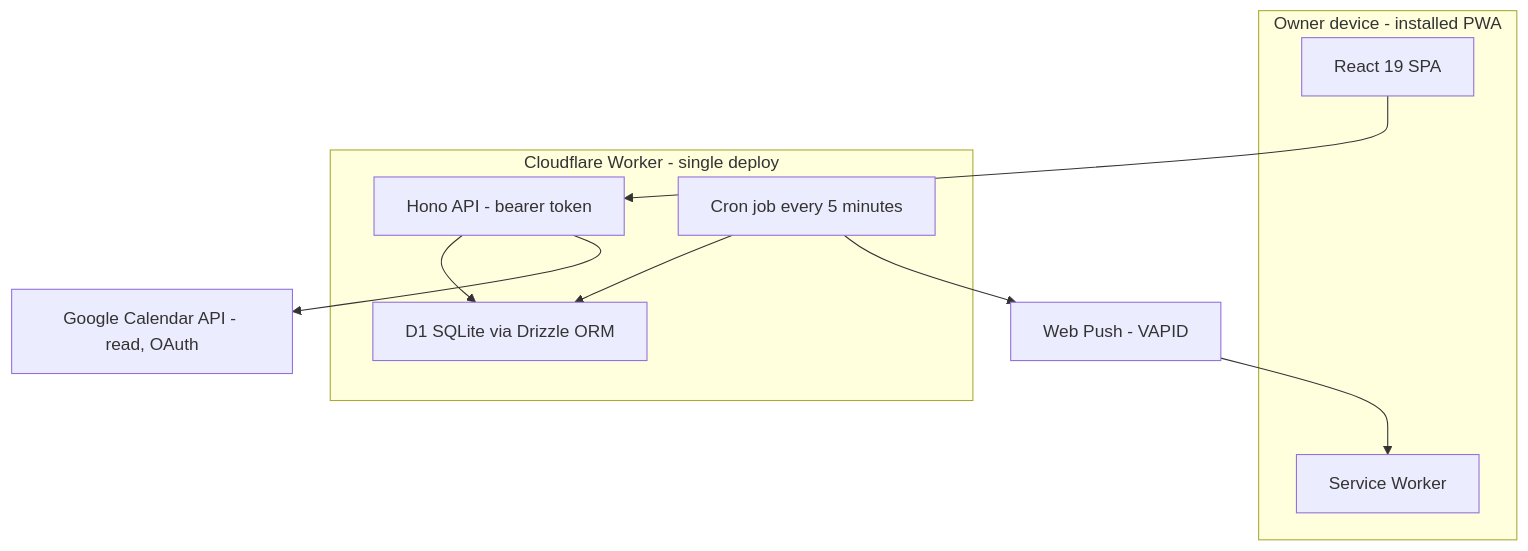
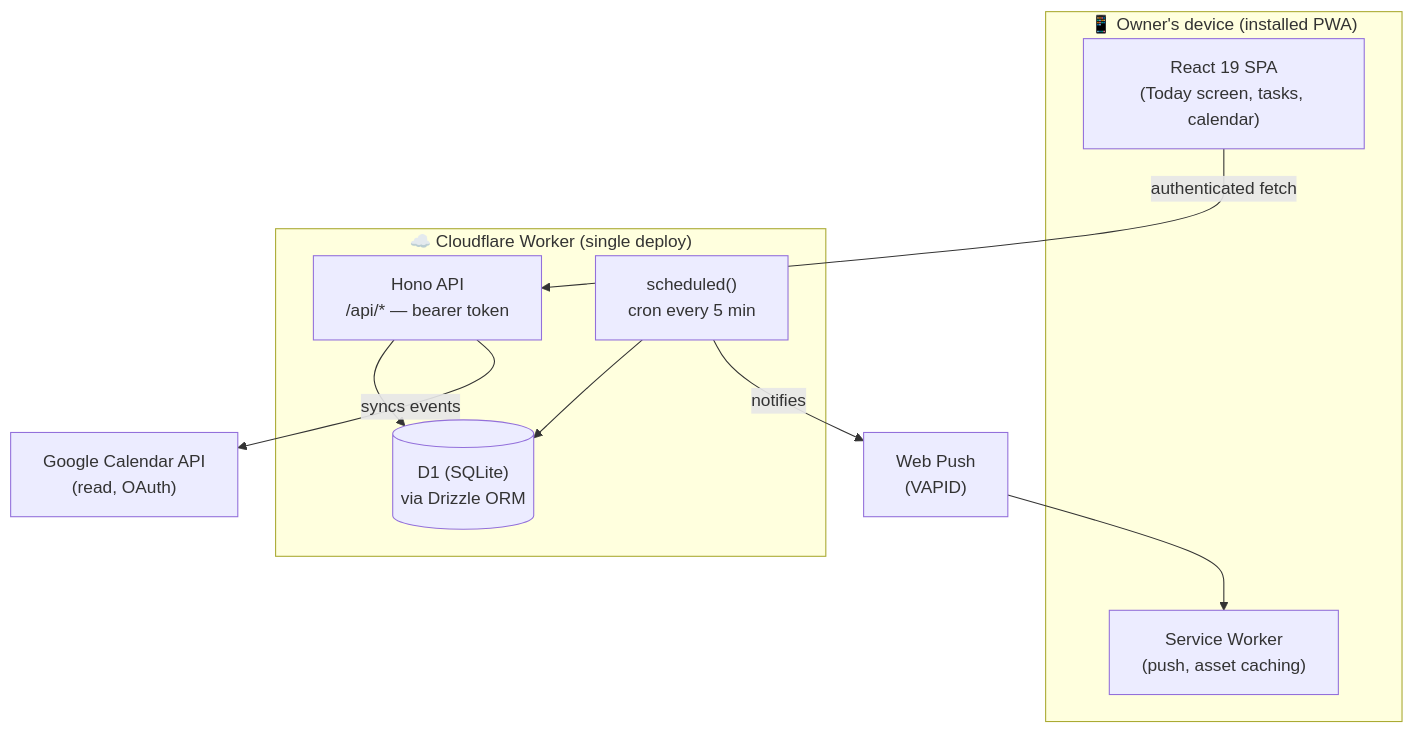
One commit to fabiombarreto/praesto-sum changed the diagram in README.md. Above: the diagram before and after it, drawn with Mermaid.

Commit message:
docs: revert mermaid diagram to full version (rendering issue was network-side)

````diff
--- a/README.md
+++ b/README.md
@@ -57,23 +57,22 @@
 ```mermaid
 flowchart TB
-    subgraph Device["Owner device - installed PWA"]
-        UI["React 19 SPA"]
-        SW["Service Worker"]
+    subgraph device["📱 Owner's device (installed PWA)"]
+        UI["React 19 SPA<br/>(Today screen, tasks, calendar)"]
+        SW["Service Worker<br/>(push, asset caching)"]
     end
 
-    subgraph Worker["Cloudflare Worker - single deploy"]
-        API["Hono API - bearer token"]
-        CRON["Cron job every 5 minutes"]
-        D1["D1 SQLite via Drizzle ORM"]
+    subgraph cf["☁️ Cloudflare Worker (single deploy)"]
+        API["Hono API<br/>/api/* — bearer token"]
+        CRON["scheduled()<br/>cron every 5 min"]
+        D1[("D1 (SQLite)<br/>via Drizzle ORM")]
     end
 
-    GCAL["Google Calendar API - read, OAuth"]
-    PUSH["Web Push - VAPID"]
+    GCAL["Google Calendar API<br/>(read, OAuth)"]
+    PUSH["Web Push<br/>(VAPID)"]
 
-    UI --> API
+    UI -- "authenticated fetch" --> API
     API --> D1
     CRON --> D1
-    CRON --> PUSH
-    PUSH --> SW
-    API --> GCAL
+    CRON -- "notifies" --> PUSH --> SW
+    API -- "syncs events" --> GCAL
 ```
````
